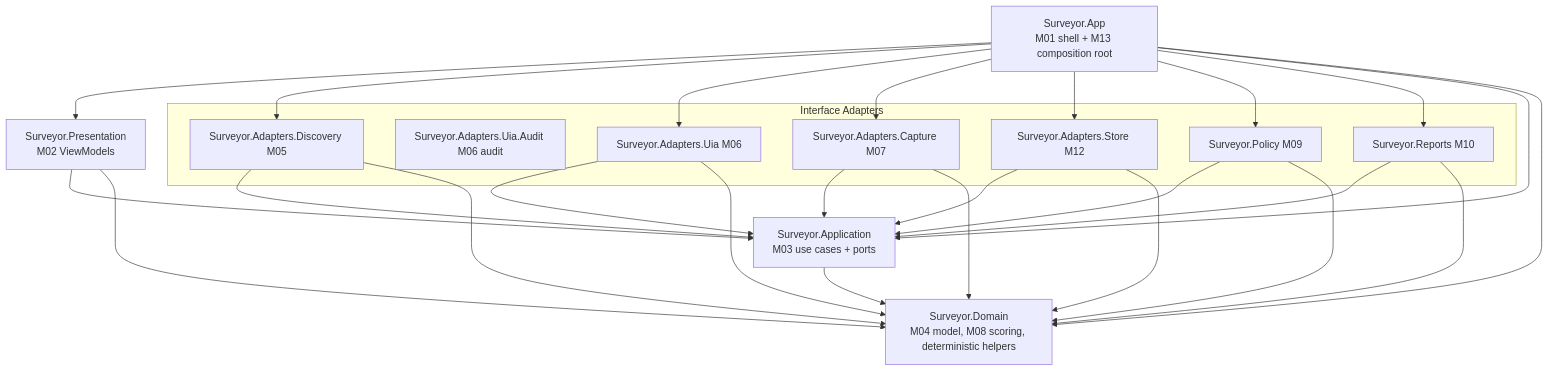
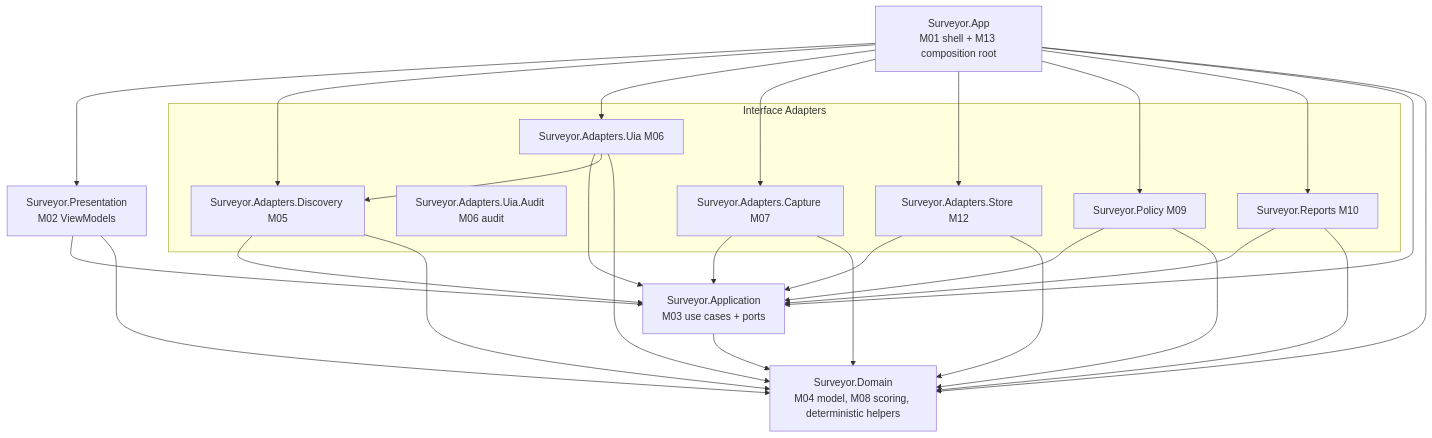
One commit to urario/Surveyor changed the first of 2 diagrams in knowledge/design/des-0008-project-structure-and-test-harness.md. Above: the diagram before and after it, drawn with Mermaid. The commit also changed other lines of this file and 5 other files, not shown here.

````diff
--- a/knowledge/design/des-0008-project-structure-and-test-harness.md
+++ b/knowledge/design/des-0008-project-structure-and-test-harness.md
@@ -140,41 +142,42 @@
 ```mermaid
 flowchart TB
   App[Surveyor.App<br/>M01 shell + M13 composition root]
   Pres[Surveyor.Presentation<br/>M02 ViewModels]
   subgraph adapters[Interface Adapters]
     Disc[Surveyor.Adapters.Discovery M05]
     UiaAudit[Surveyor.Adapters.Uia.Audit M06 audit]
     Uia[Surveyor.Adapters.Uia M06]
     Cap[Surveyor.Adapters.Capture M07]
     Store[Surveyor.Adapters.Store M12]
     Pol[Surveyor.Policy M09]
     Rep[Surveyor.Reports M10]
   end
   Appl[Surveyor.Application<br/>M03 use cases + ports]
   Dom[Surveyor.Domain<br/>M04 model, M08 scoring, deterministic helpers]
 
   App --> Pres
   App --> Disc
   App --> Uia
   App --> Cap
   App --> Store
   App --> Pol
   App --> Rep
   App --> Appl
   App --> Dom
   Pres --> Appl
   Pres --> Dom
   Disc --> Appl
   Uia --> Appl
   Cap --> Appl
   Store --> Appl
   Pol --> Appl
   Rep --> Appl
   Disc --> Dom
+  Uia --> Disc
   Uia --> Dom
   Cap --> Dom
   Store --> Dom
   Pol --> Dom
   Rep --> Dom
   Appl --> Dom
 ```
````
